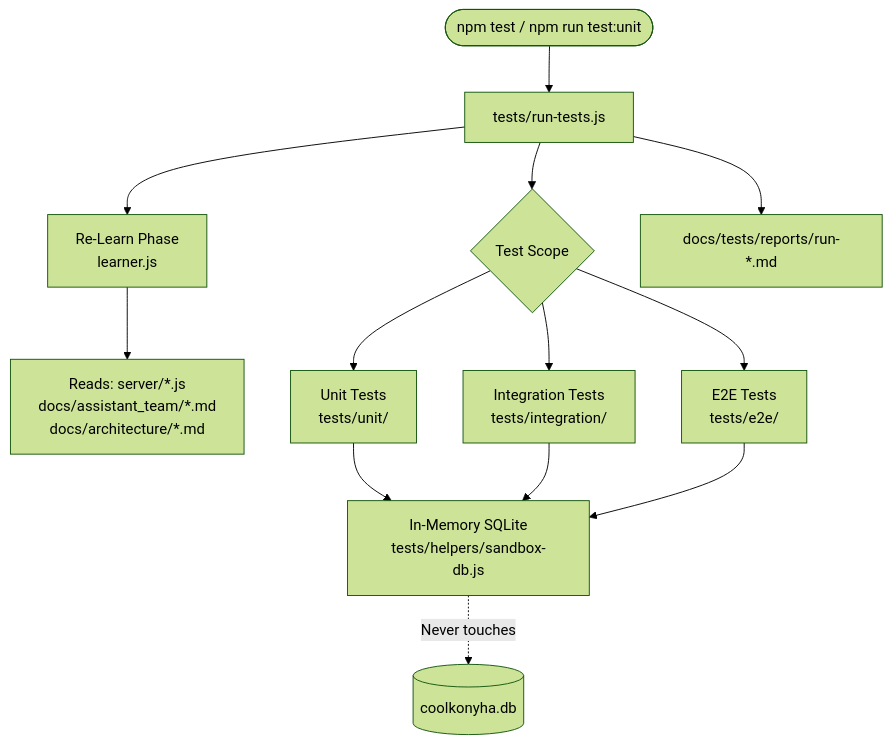
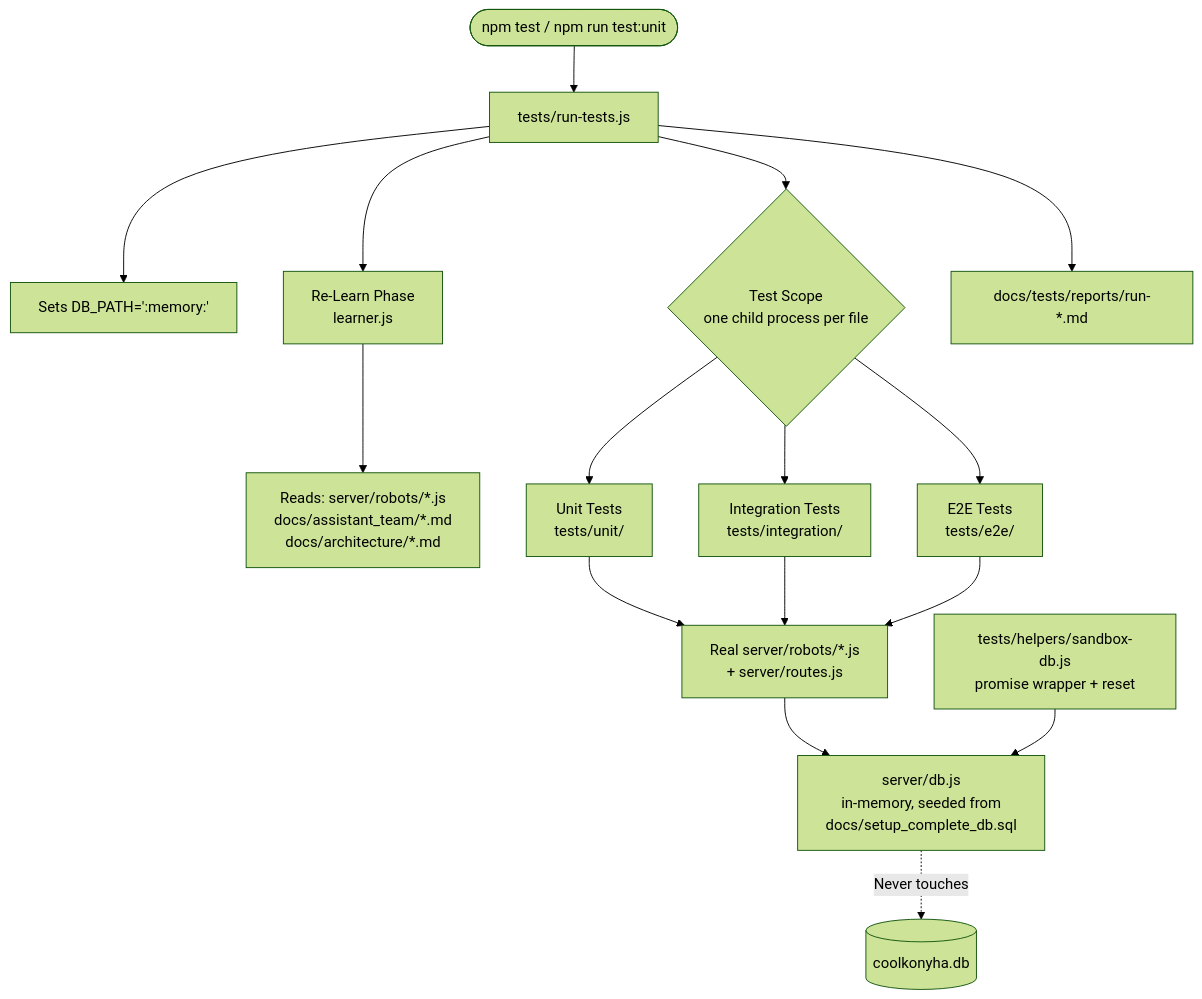
The diagram in docs/tests/README.md (blian24/coolkonyha-solo-vibe), drawn with Mermaid (forest theme) before and after one commit. The commit also changed other lines of this file and 16 other files, not shown here.

````diff
--- a/docs/tests/README.md
+++ b/docs/tests/README.md
@@ -14,13 +14,16 @@
 ```mermaid
 flowchart TD
     CLI([npm test / npm run test:unit]) --> Runner[tests/run-tests.js]
+    Runner --> EnvVar[Sets DB_PATH=':memory:']
     Runner --> Learn[Re-Learn Phase\nlearner.js]
-    Learn --> SrcFiles[Reads: server/*.js\ndocs/assistant_team/*.md\ndocs/architecture/*.md]
-    Runner --> Suites{Test Scope}
+    Learn --> SrcFiles[Reads: server/robots/*.js\ndocs/assistant_team/*.md\ndocs/architecture/*.md]
+    Runner --> Suites{Test Scope\none child process per file}
     Suites --> Unit[Unit Tests\ntests/unit/]
     Suites --> Integration[Integration Tests\ntests/integration/]
     Suites --> E2E[E2E Tests\ntests/e2e/]
-    Unit & Integration & E2E --> SandboxDb[In-Memory SQLite\ntests/helpers/sandbox-db.js]
-    SandboxDb -.->|Never touches| ProdDb[(coolkonyha.db)]
+    Unit & Integration & E2E --> RealRobots[Real server/robots/*.js\n+ server/routes.js]
+    RealRobots --> SharedDb[server/db.js\nin-memory, seeded from\ndocs/setup_complete_db.sql]
+    SandboxDb[tests/helpers/sandbox-db.js\npromise wrapper + reset] --> SharedDb
+    SharedDb -.->|Never touches| ProdDb[(coolkonyha.db)]
     Runner --> Report[docs/tests/reports/run-*.md]
 ```
````
